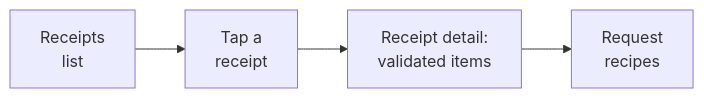
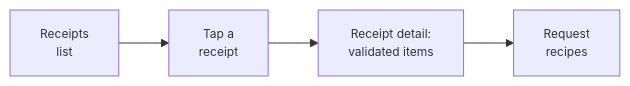
The third of 3 diagrams in 00-project/03-presentation-1.md (angelacoust/Project-Work), drawn with Mermaid before and after one commit. The commit also changed other lines of this file, not shown here.

````diff
--- a/00-project/03-presentation-1.md
+++ b/00-project/03-presentation-1.md
@@ -200,6 +196,7 @@
 ```mermaid
+%%{init: {"themeVariables": {"fontSize": "12px"}}}%%
 flowchart LR
   L["Receipts<br/>list"] --> T["Tap a<br/>receipt"]
   T --> D["Receipt detail:<br/>validated items"]
   D --> R["Request<br/>recipes"]
 ```
````
